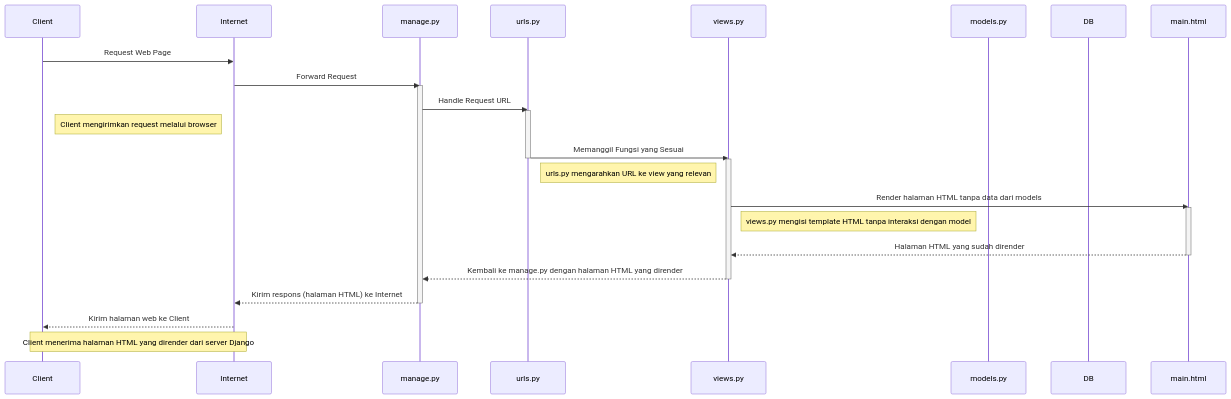
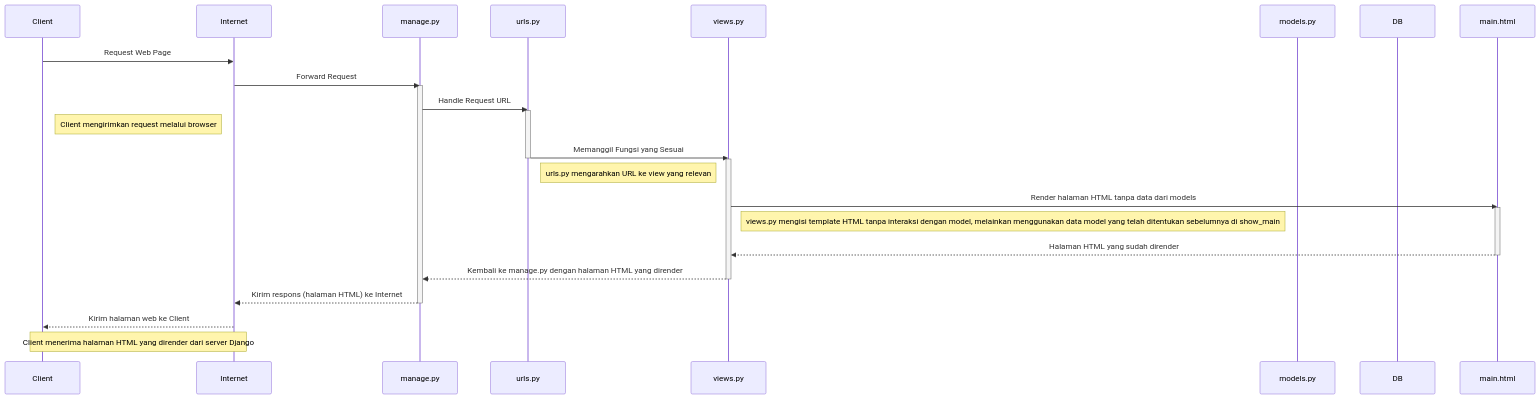
One commit to gilbertkristiaan/wearwise changed the diagram in README.md. Above: the diagram before and after it, drawn with Mermaid.

Commit message:
tugas 2 pbp selesai

````diff
--- a/README.md
+++ b/README.md
@@ -105,47 +105,47 @@
 ```mermaid
 sequenceDiagram
       participant Client
       participant Internet
       participant manage.py
       participant urls.py
       participant views.py
       participant models.py
       participant DB
       participant main.html
 
       Client->>Internet: Request Web Page
       Internet->>manage.py: Forward Request
       activate manage.py
 
       manage.py->>urls.py: Handle Request URL
       activate urls.py
 
       Note right of Client: Client mengirimkan request melalui browser
 
       urls.py->>views.py: Memanggil Fungsi yang Sesuai
       deactivate urls.py
       activate views.py
 
       Note right of urls.py: urls.py mengarahkan URL ke view yang relevan
 
       %% models.py belum dipanggil karena belum diimplementasikan
 
       views.py->>main.html: Render halaman HTML tanpa data dari models
       activate main.html
 
-      Note right of views.py: views.py mengisi template HTML tanpa interaksi dengan model
+      Note right of views.py: views.py mengisi template HTML tanpa interaksi dengan model, melainkan menggunakan data model yang telah ditentukan sebelumnya di show_main
 
       main.html-->>views.py: Halaman HTML yang sudah dirender
       deactivate main.html
 
       views.py-->>manage.py: Kembali ke manage.py dengan halaman HTML yang dirender
       deactivate views.py
 
       manage.py-->>Internet: Kirim respons (halaman HTML) ke Internet
       deactivate manage.py
 
       Internet-->>Client: Kirim halaman web ke Client
 
       Note over Client,Internet: Client menerima halaman HTML yang dirender dari server Django
 
 ```
````
